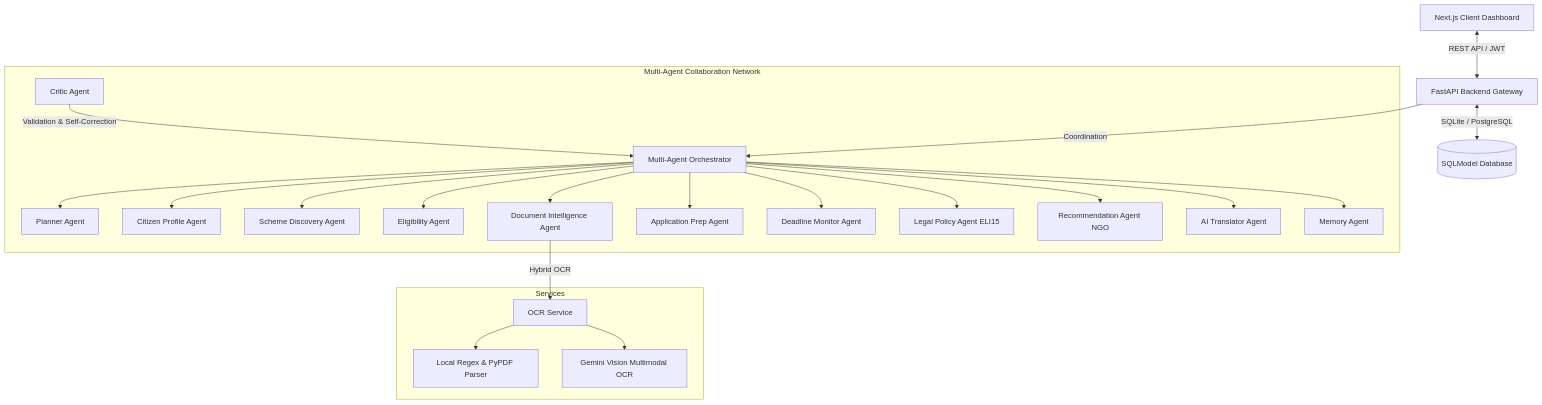
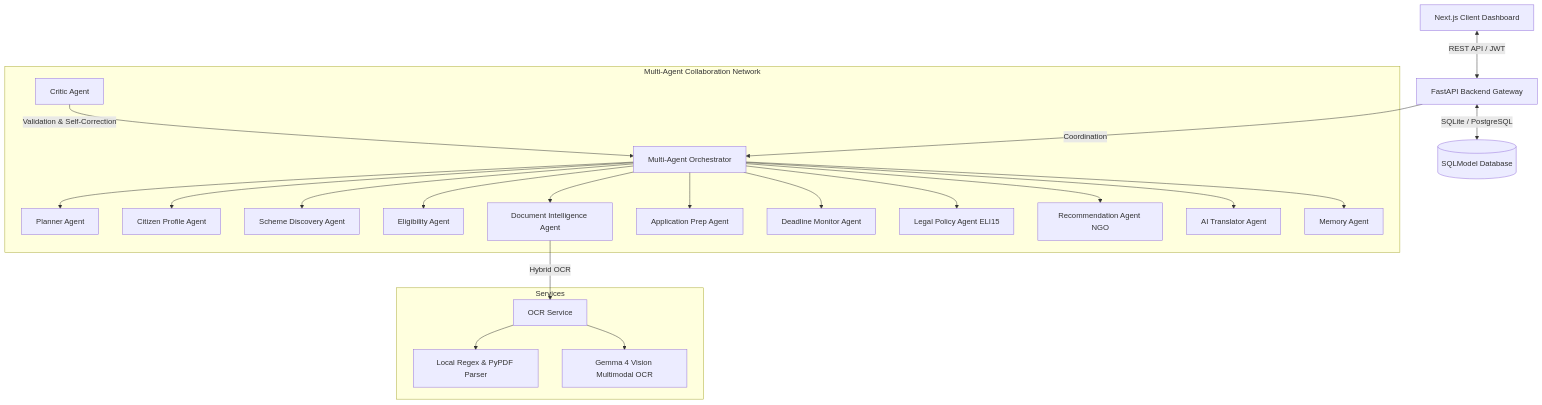
The second of 2 diagrams in README.md (arnavvmehtaa718/Saarthi-AI), drawn with Mermaid before and after one commit. The commit also changed other lines of this file and 53 other files, not shown here.

Commit message:
Upgraded Saarthi with Gemma 4, fixed OCR, and secured doc workflows

````diff
--- a/README.md
+++ b/README.md
@@ -74,28 +74,28 @@
 ```mermaid
 graph TD
     Client[Next.js Client Dashboard] <--> |REST API / JWT| Gateway[FastAPI Backend Gateway]
     Gateway <--> |SQLite / PostgreSQL| DB[(SQLModel Database)]
     Gateway --> |Coordination| Orchestrator[Multi-Agent Orchestrator]
     
     subgraph Multi-Agent Collaboration Network
         Orchestrator --> Planner[Planner Agent]
         Orchestrator --> Profile[Citizen Profile Agent]
         Orchestrator --> Discovery[Scheme Discovery Agent]
         Orchestrator --> Eligibility[Eligibility Agent]
         Orchestrator --> DocIntel[Document Intelligence Agent]
         Orchestrator --> Prep[Application Prep Agent]
         Orchestrator --> Deadline[Deadline Monitor Agent]
         Orchestrator --> Legal[Legal Policy Agent ELI15]
         Orchestrator --> Rec[Recommendation Agent NGO]
         Orchestrator --> Trans[AI Translator Agent]
         Orchestrator --> Memory[Memory Agent]
         
         Critic[Critic Agent] --> |Validation & Self-Correction| Orchestrator
     end
     
     subgraph Services
         DocIntel --> |Hybrid OCR| OCRService[OCR Service]
         OCRService --> LocalScan[Local Regex & PyPDF Parser]
-        OCRService --> MultimodalAI[Gemini Vision Multimodal OCR]
+        OCRService --> MultimodalAI[Gemma 4 Vision Multimodal OCR]
     end
 ```
````
